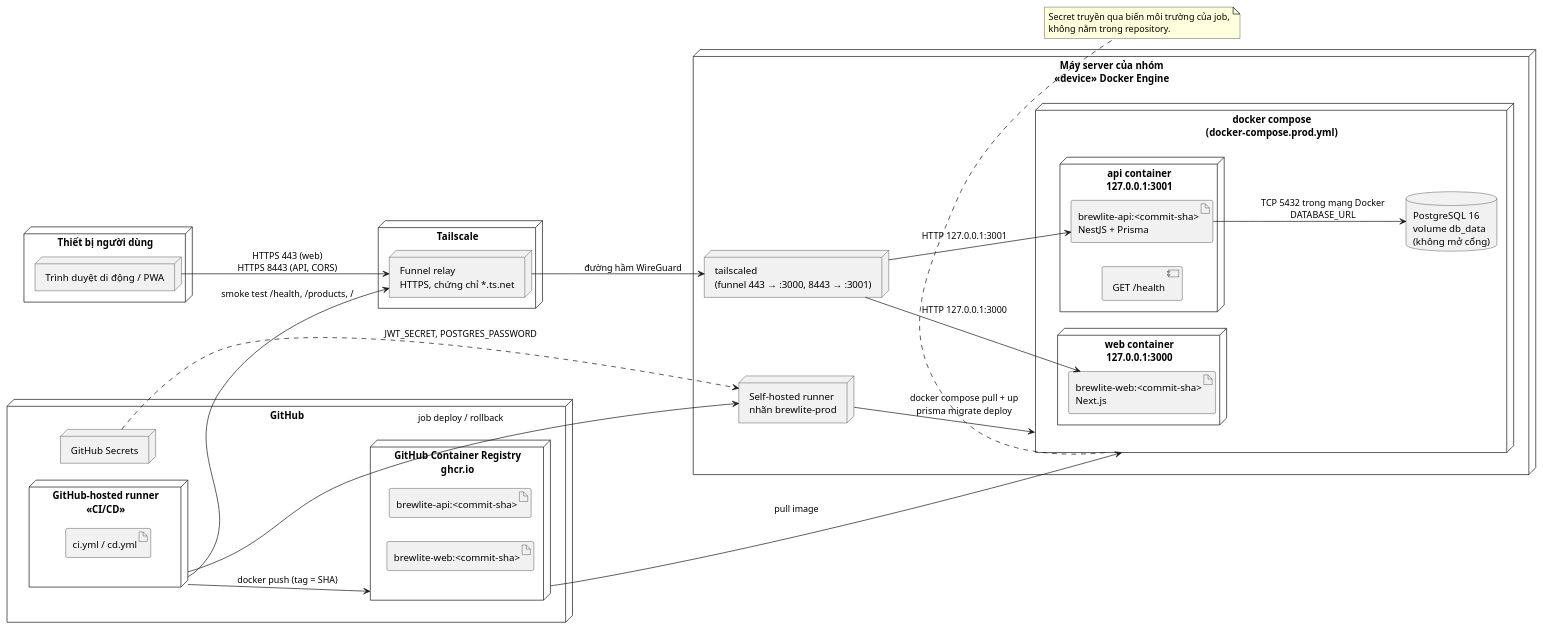
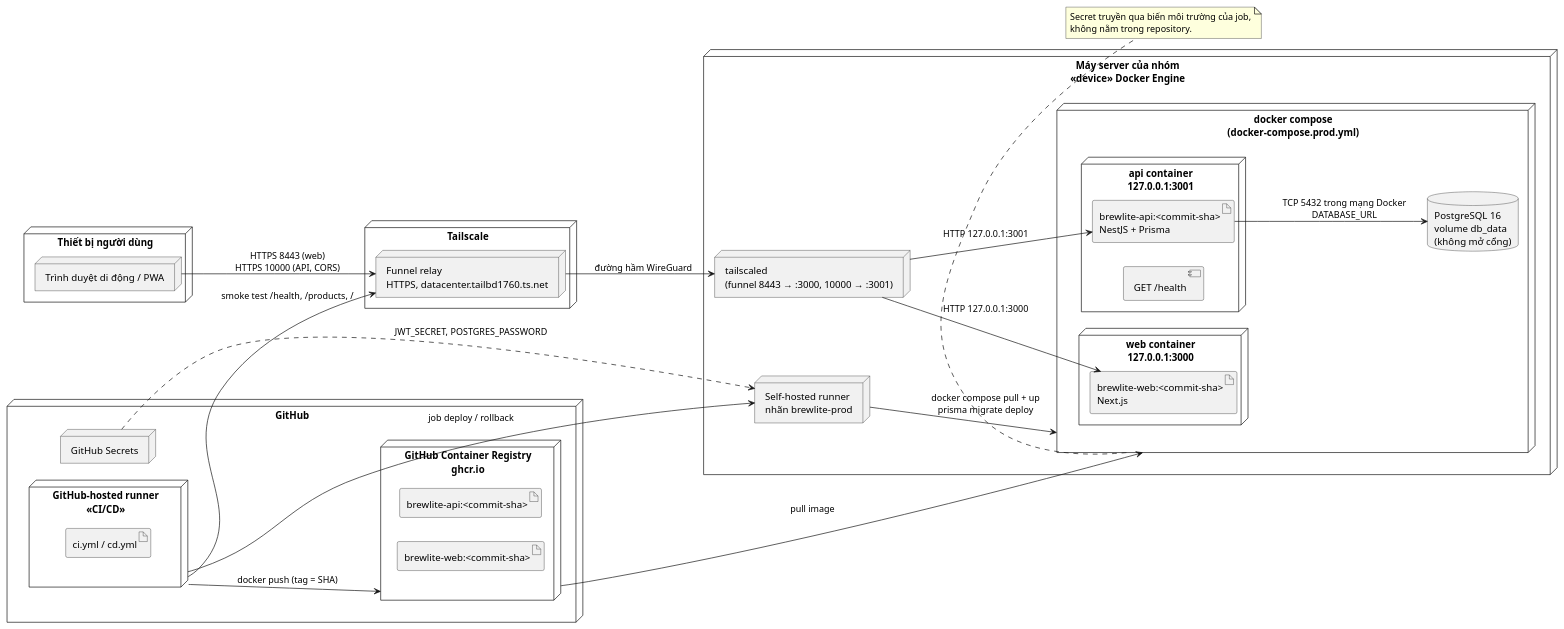
Before and after one commit to dinh-hung-116/BrewLite-Assignment2: the diagram in docs/architecture/deployment.puml, drawn with PlantUML. The commit also changed 6 other files, not shown here.

Commit message:
docs(deploy): URL production thật trên Tailscale Funnel (web :8443, API :10000)

```diff
--- a/docs/architecture/deployment.puml
+++ b/docs/architecture/deployment.puml
@@ -1,56 +1,56 @@
 @startuml deployment
 ' UML Deployment diagram – production (Task 3.2), theo ADR-006
 skinparam shadowing false
 left to right direction
 
 node "Thiết bị người dùng" as Dev {
   node "Trình duyệt di động / PWA" as Browser
 }
 
 node "Tailscale" as TS {
-  node "Funnel relay\nHTTPS, chứng chỉ *.ts.net" as Funnel
+  node "Funnel relay\nHTTPS, datacenter.tailbd1760.ts.net" as Funnel
 }
 
 node "GitHub" as GH {
   node "GitHub-hosted runner\n<<CI/CD>>" as Runner {
     artifact "ci.yml / cd.yml" as WF
   }
   node "GitHub Container Registry\nghcr.io" as GHCR {
     artifact "brewlite-api:<commit-sha>" as ImgApi
     artifact "brewlite-web:<commit-sha>" as ImgWeb
   }
   node "GitHub Secrets" as Sec
 }
 
 node "Máy server của nhóm\n<<device>> Docker Engine" as Server {
-  node "tailscaled\n(funnel 443 → :3000, 8443 → :3001)" as TSD
+  node "tailscaled\n(funnel 8443 → :3000, 10000 → :3001)" as TSD
   node "Self-hosted runner\nnhãn brewlite-prod" as SHR
   node "docker compose\n(docker-compose.prod.yml)" as Compose {
     node "web container\n127.0.0.1:3000" as WebNode {
       artifact "brewlite-web:<commit-sha>\nNext.js" as WebArt
     }
     node "api container\n127.0.0.1:3001" as ApiNode {
       artifact "brewlite-api:<commit-sha>\nNestJS + Prisma" as ApiArt
       component "GET /health" as Health
     }
     database "PostgreSQL 16\nvolume db_data\n(không mở cổng)" as PG
   }
 }
 
-Browser --> Funnel : HTTPS 443 (web)\nHTTPS 8443 (API, CORS)
+Browser --> Funnel : HTTPS 8443 (web)\nHTTPS 10000 (API, CORS)
 Funnel --> TSD : đường hầm WireGuard
 TSD --> WebArt : HTTP 127.0.0.1:3000
 TSD --> ApiArt : HTTP 127.0.0.1:3001
 ApiArt --> PG : TCP 5432 trong mạng Docker\nDATABASE_URL
 Runner --> GHCR : docker push (tag = SHA)
 Runner --> SHR : job deploy / rollback
 SHR --> Compose : docker compose pull + up\nprisma migrate deploy
 GHCR --> Compose : pull image
 Runner --> Funnel : smoke test /health, /products, /
 Sec ..> SHR : JWT_SECRET, POSTGRES_PASSWORD
 
 note bottom of Compose
   Secret truyền qua biến môi trường của job,
   không nằm trong repository.
 end note
 @enduml
```
